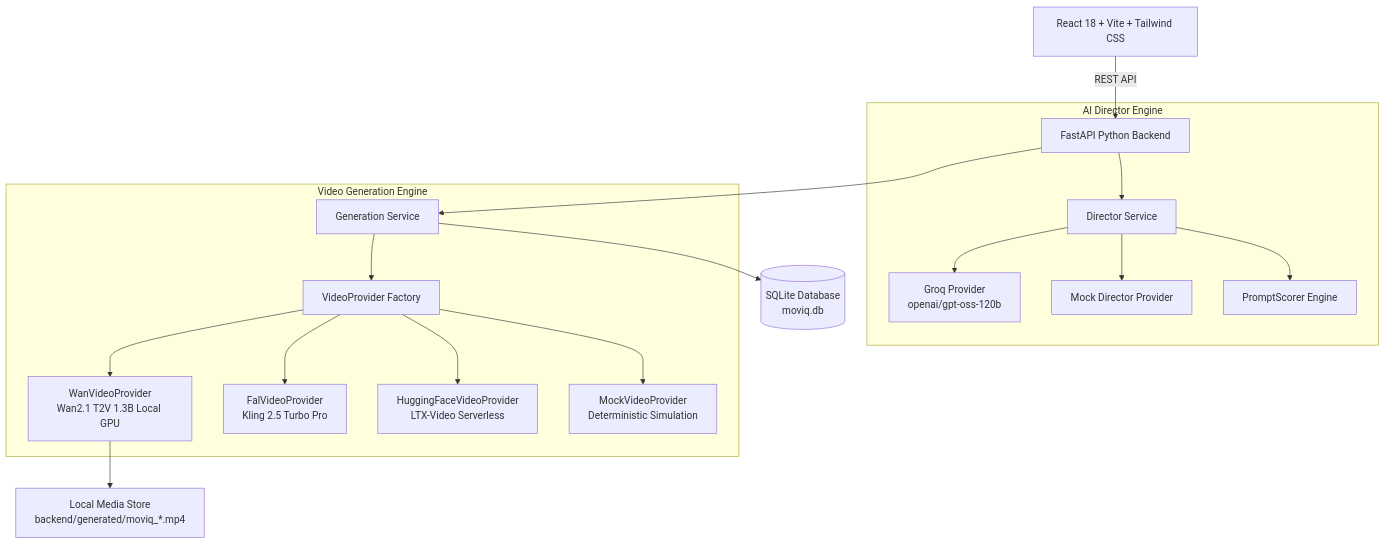
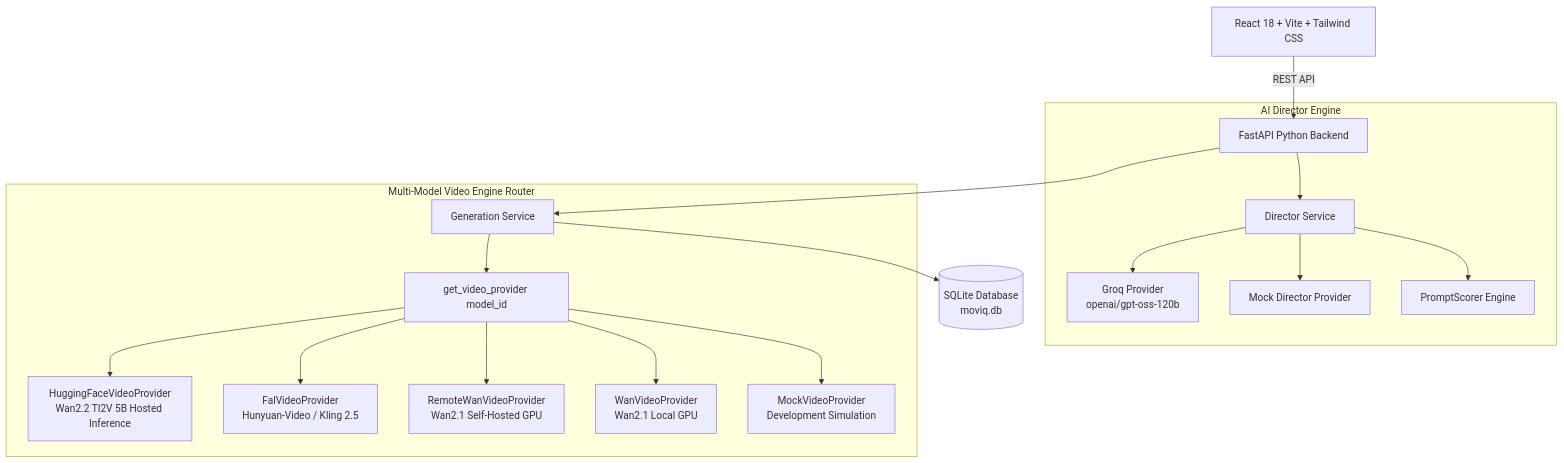
Before and after one commit to rzvn6660/Moviq: the diagram in README.md, drawn with Mermaid. The commit also changed other lines of this file and 28 other files, not shown here.

Commit message:
feat: finalize Moviq multi-provider video generation platform

````diff
--- a/README.md
+++ b/README.md
@@ -42,23 +49,23 @@
 ```mermaid
 graph TD
     UI[React 18 + Vite + Tailwind CSS] -->|REST API| API[FastAPI Python Backend]
     
     subgraph AI Director Engine
         API --> DIR_SVC[Director Service]
         DIR_SVC --> GROQ[Groq Provider<br/>openai/gpt-oss-120b]
         DIR_SVC --> MOCK_DIR[Mock Director Provider]
         DIR_SVC --> SCORER[PromptScorer Engine]
     end
 
-    subgraph Video Generation Engine
+    subgraph Multi-Model Video Engine Router
         API --> GEN_SVC[Generation Service]
-        GEN_SVC --> VP_FACTORY[VideoProvider Factory]
-        VP_FACTORY --> WAN[WanVideoProvider<br/>Wan2.1 T2V 1.3B Local GPU]
-        VP_FACTORY --> FAL[FalVideoProvider<br/>Kling 2.5 Turbo Pro]
-        VP_FACTORY --> HF[HuggingFaceVideoProvider<br/>LTX-Video Serverless]
-        VP_FACTORY --> MOCK_VP[MockVideoProvider<br/>Deterministic Simulation]
+        GEN_SVC --> VP_FACTORY[get_video_provider model_id]
+        VP_FACTORY --> HF[HuggingFaceVideoProvider<br/>Wan2.2 TI2V 5B Hosted Inference]
+        VP_FACTORY --> FAL[FalVideoProvider<br/>Hunyuan-Video / Kling 2.5]
+        VP_FACTORY --> R_WAN[RemoteWanVideoProvider<br/>Wan2.1 Self-Hosted GPU]
+        VP_FACTORY --> WAN[WanVideoProvider<br/>Wan2.1 Local GPU]
+        VP_FACTORY --> MOCK_VP[MockVideoProvider<br/>Development Simulation]
     end
 
-    WAN --> MEDIA_STORE[Local Media Store<br/>backend/generated/moviq_*.mp4]
     GEN_SVC --> DB[(SQLite Database<br/>moviq.db)]
 ```
````
